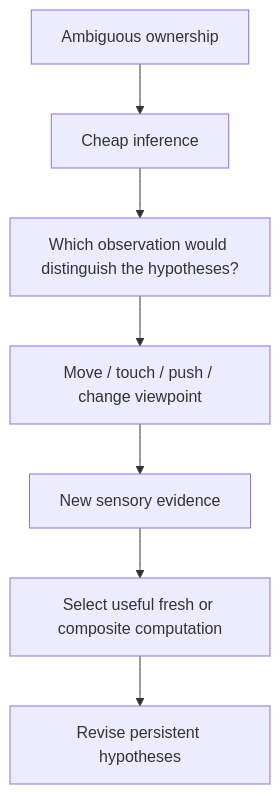
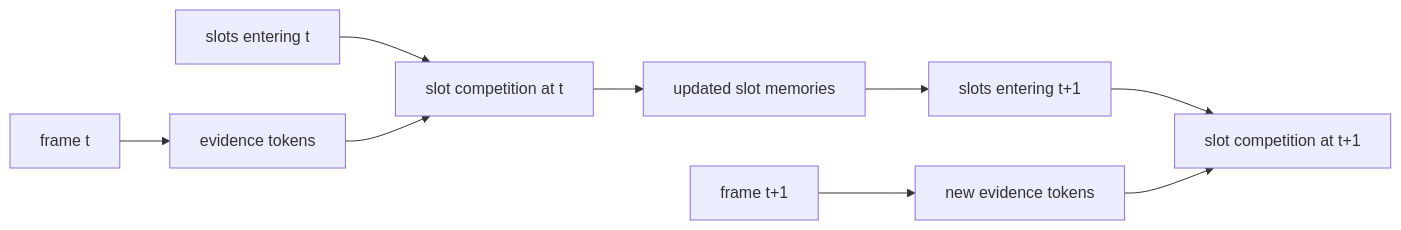
The second of 2 diagrams in _posts/2026-09-22-predictive-sensorimotor-grouping.md (spencerbug/spencerbug.github.io), drawn with Mermaid before and after one commit. The commit also changed other lines of this file, not shown here.

Commit message:
Refocus PSG post on streaming recurrent-slot V1

```diff
--- a/_posts/2026-09-22-predictive-sensorimotor-grouping.md
+++ b/_posts/2026-09-22-predictive-sensorimotor-grouping.md
@@ -465,9 +292,11 @@
 ~~~mermaid
-flowchart TD
-    U["Ambiguous ownership"] --> C["Cheap inference"]
-    C --> Q["Which observation would distinguish the hypotheses?"]
-    Q --> A["Move / touch / push / change viewpoint"]
-    A --> E["New sensory evidence"]
-    E --> R["Select useful fresh or composite computation"]
-    R --> H["Revise persistent hypotheses"]
+flowchart LR
+    F0["frame t"] --> E0["evidence tokens"]
+    P0["slots entering t"] --> SA0["slot competition at t"]
+    E0 --> SA0
+    SA0 --> U0["updated slot memories"]
+    U0 --> P1["slots entering t+1"]
+    F1["frame t+1"] --> E1["new evidence tokens"]
+    P1 --> SA1["slot competition at t+1"]
+    E1 --> SA1
 ~~~
```
